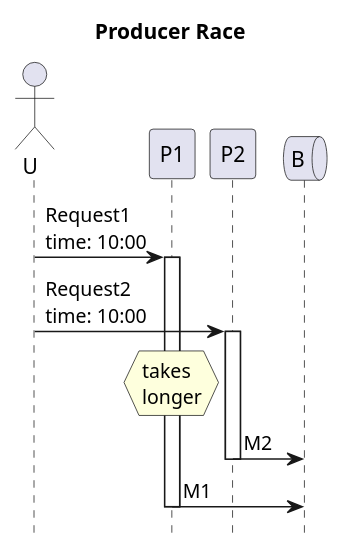
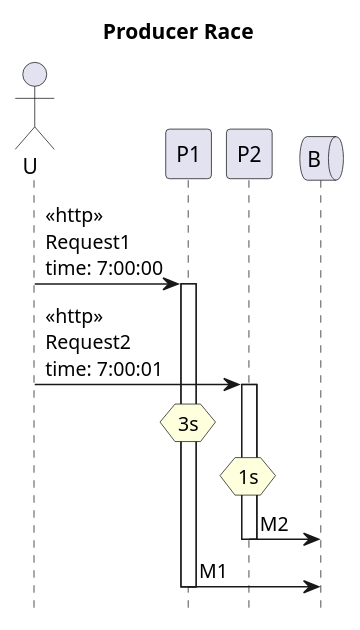
Before and after one commit to victorrentea/kafka: the diagram in patterns/2_order_p.puml, drawn with PlantUML. The commit also changed 33 other files, not shown here.

```diff
--- a/patterns/2_order_p.puml
+++ b/patterns/2_order_p.puml
@@ -1,16 +1,17 @@
 @startuml
 title Producer Race
 hide footbox
 queue B order 9
 actor U
 
-U->P1: Request1\ntime: 10:00
+U->P1: <<http>>\nRequest1\ntime: 7:00:00
 activate P1
-U->P2: Request2\ntime: 10:00
+U->P2: <<http>>\nRequest2\ntime: 7:00:01
 activate P2
-hnote over P1: takes\nlonger
+hnote over P1: 3s
+hnote over P2: 1s
 P2->B: M2
 deactivate P2
 P1->B: M1
 deactivate P1
 @enduml
```
